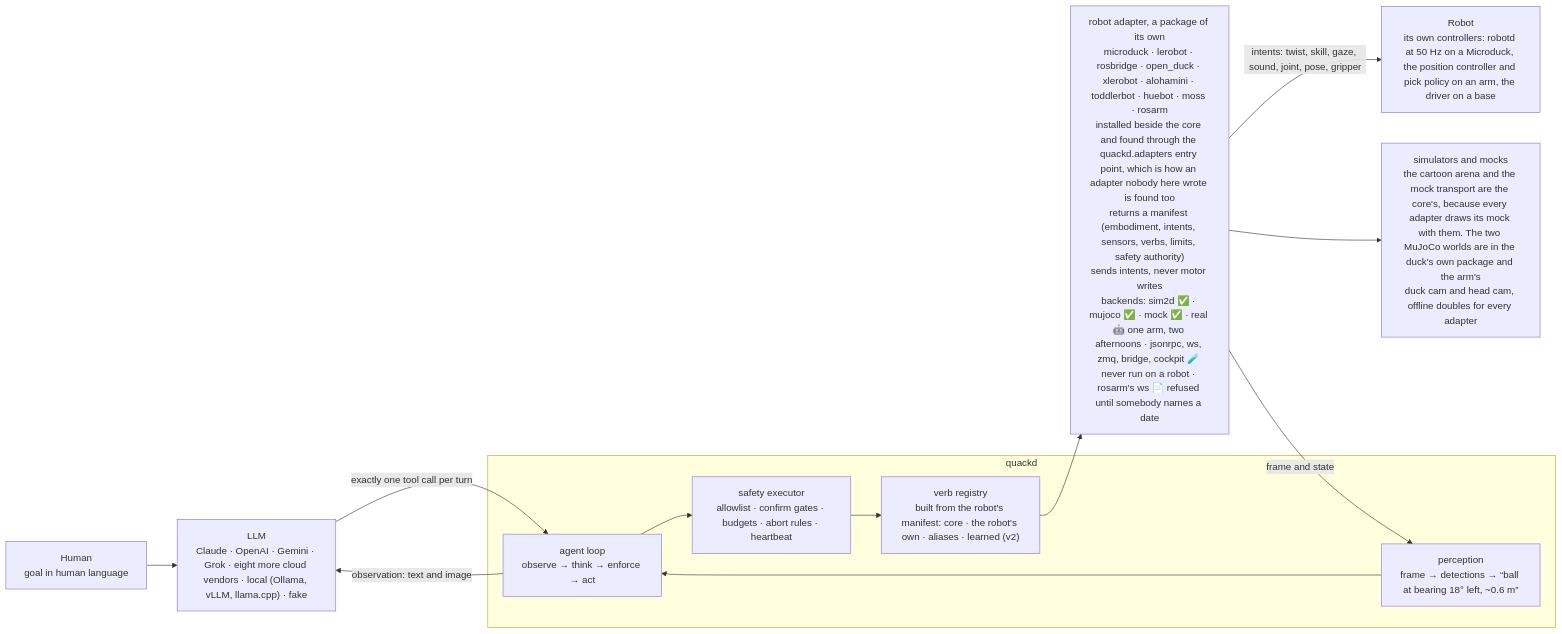
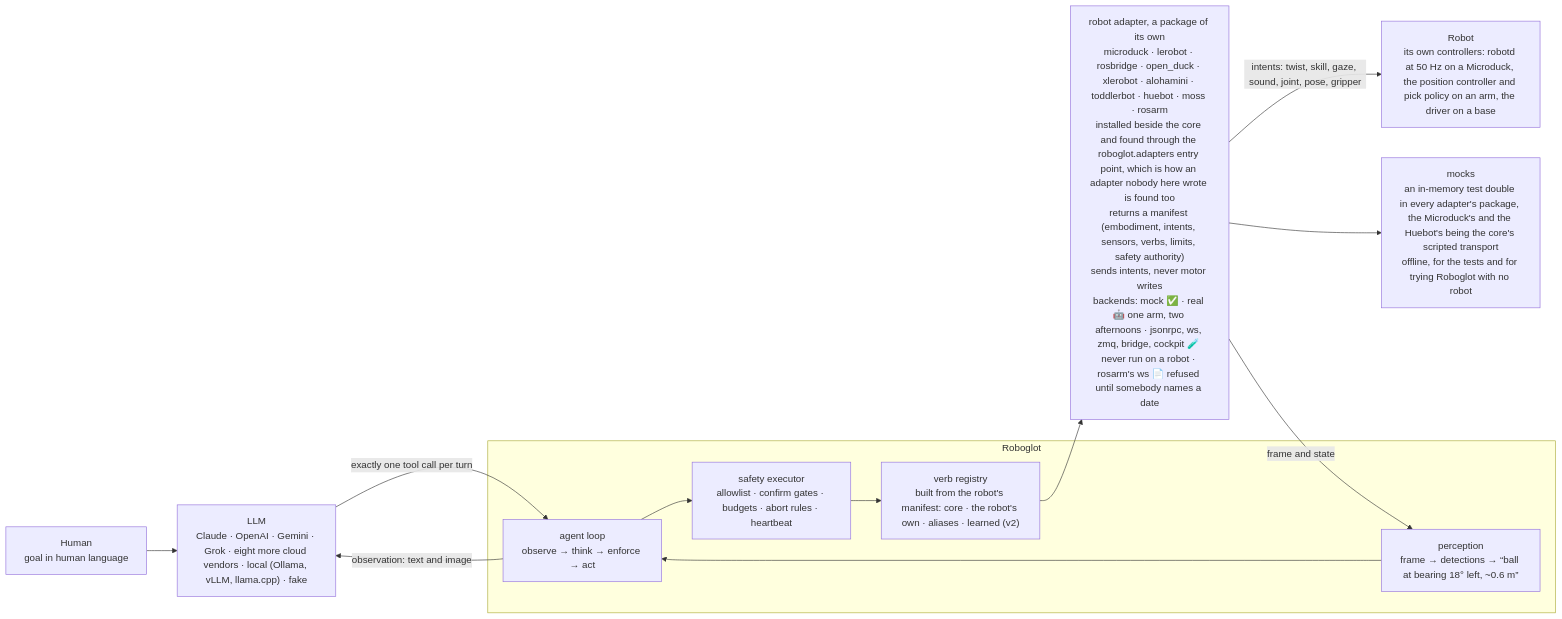
Before and after one commit to zqf20096327/ai_collect: the second of 2 diagrams in data/readmes/rokbenko__quackd.md, drawn with Mermaid. The commit also changed other lines of this file and 2086 other files, not shown here.

````diff
--- a/data/readmes/rokbenko__quackd.md
+++ b/data/readmes/rokbenko__quackd.md
@@ -627,21 +610,21 @@
 ```mermaid
 flowchart LR
     HUMAN["Human<br/>goal in human language"]
     LLM["LLM<br/>Claude · OpenAI · Gemini · Grok · eight more cloud vendors · local (Ollama, vLLM, llama.cpp) · fake"]
-    subgraph quackd
+    subgraph Roboglot
         LOOP["agent loop<br/>observe → think → enforce → act"]
         EXEC["safety executor<br/>allowlist · confirm gates · budgets · abort rules · heartbeat"]
         VERBS["verb registry<br/>built from the robot's manifest: core · the robot's own · aliases · learned (v2)"]
         PERC["perception<br/>frame → detections → “ball at bearing 18° left, ~0.6 m”"]
     end
-    ADAPTER["robot adapter, a package of its own<br/>microduck · lerobot · rosbridge · open_duck · xlerobot · alohamini · toddlerbot · huebot · moss · rosarm<br/>installed beside the core and found through the quackd.adapters entry point, which is how an adapter nobody here wrote is found too<br/>returns a manifest (embodiment, intents, sensors, verbs, limits, safety authority)<br/>sends intents, never motor writes<br/>backends: sim2d ✅ · mujoco ✅ · mock ✅ · real 🤖 one arm, two afternoons · jsonrpc, ws, zmq, bridge, cockpit 🧪 never run on a robot · rosarm's ws 📄 refused until somebody names a date"]
+    ADAPTER["robot adapter, a package of its own<br/>microduck · lerobot · rosbridge · open_duck · xlerobot · alohamini · toddlerbot · huebot · moss · rosarm<br/>installed beside the core and found through the roboglot.adapters entry point, which is how an adapter nobody here wrote is found too<br/>returns a manifest (embodiment, intents, sensors, verbs, limits, safety authority)<br/>sends intents, never motor writes<br/>backends: mock ✅ · real 🤖 one arm, two afternoons · jsonrpc, ws, zmq, bridge, cockpit 🧪 never run on a robot · rosarm's ws 📄 refused until somebody names a date"]
     ROBOT["Robot<br/>its own controllers: robotd at 50 Hz on a Microduck, the position controller and pick policy on an arm, the driver on a base"]
-    SIM["simulators and mocks<br/>the cartoon arena and the mock transport are the core's, because every adapter draws its mock with them. The two MuJoCo worlds are in the duck's own package and the arm's<br/>duck cam and head cam, offline doubles for every adapter"]
+    MOCK["mocks<br/>an in-memory test double in every adapter's package, the Microduck's and the Huebot's being the core's scripted transport<br/>offline, for the tests and for trying Roboglot with no robot"]
     HUMAN --> LLM
     LLM -- "exactly one tool call per turn" --> LOOP
     LOOP --> EXEC --> VERBS --> ADAPTER
     ADAPTER -- "intents: twist, skill, gaze, sound, joint, pose, gripper" --> ROBOT
-    ADAPTER --> SIM
+    ADAPTER --> MOCK
     ADAPTER -- "frame and state" --> PERC --> LOOP
     LOOP -- "observation: text and image" --> LLM
 ```
````
